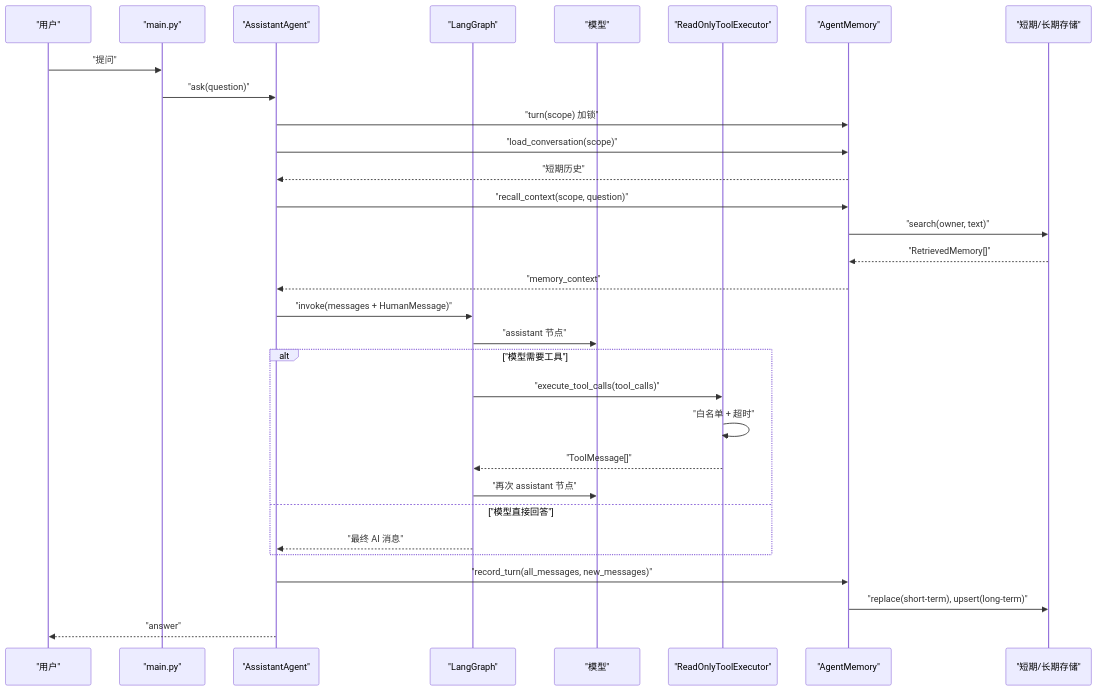
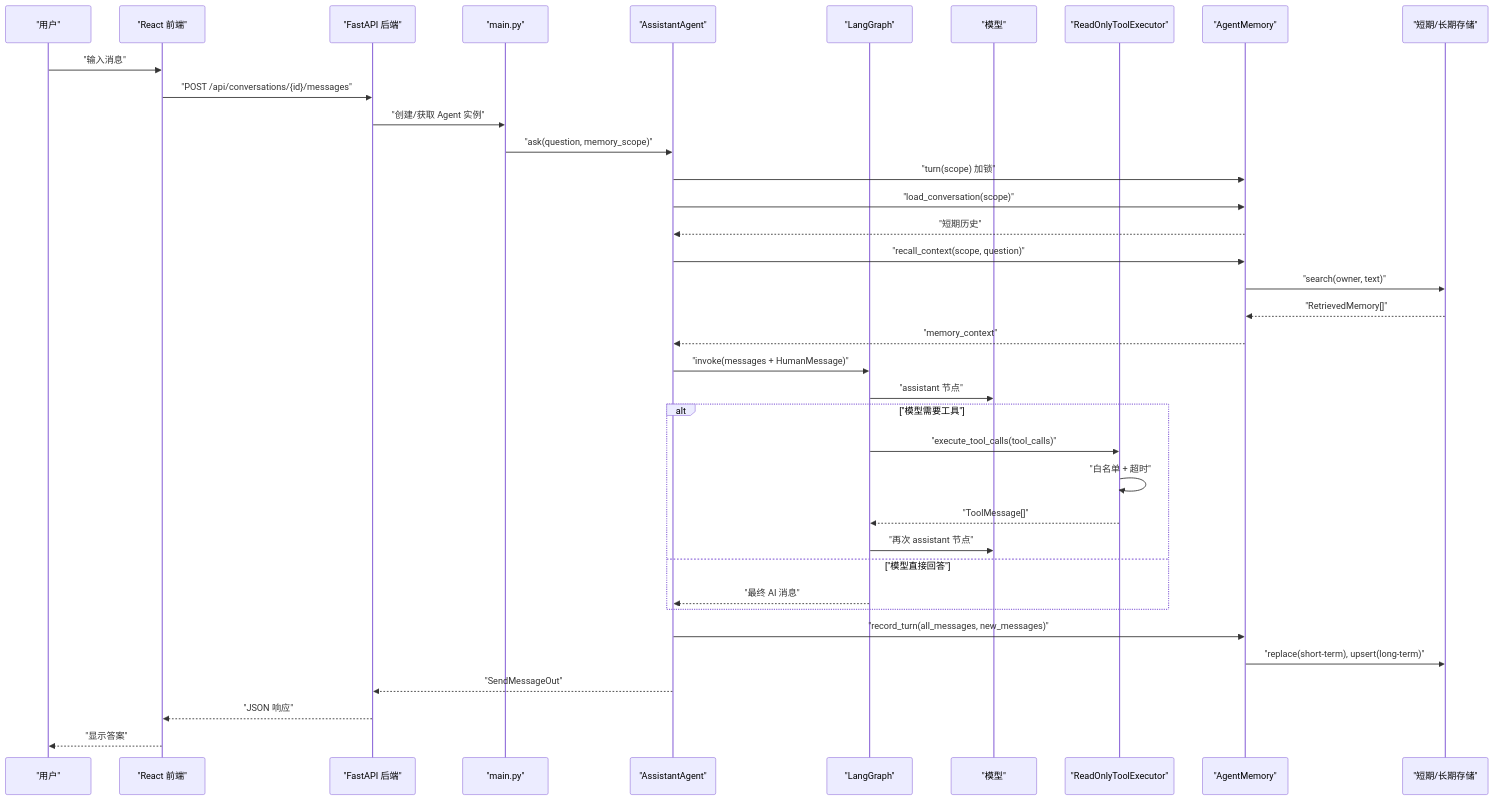
The second of 14 diagrams in .qoder/repowiki/zh/content/架构设计/架构设计.md (xyx1028/agentHelp), drawn with Mermaid before and after one commit. The commit also changed other lines of this file and 73 other files, not shown here.

````diff
--- a/.qoder/repowiki/zh/content/架构设计/架构设计.md
+++ b/.qoder/repowiki/zh/content/架构设计/架构设计.md
@@ -87,33 +108,39 @@
 ```mermaid
 sequenceDiagram
 participant User as "用户"
+participant WebUI as "React 前端"
+participant WebAPI as "FastAPI 后端"
 participant Main as "main.py"
 participant Agent as "AssistantAgent"
 participant Graph as "LangGraph"
 participant Model as "模型"
 participant Exec as "ReadOnlyToolExecutor"
 participant Mem as "AgentMemory"
 participant Store as "短期/长期存储"
-User->>Main : "提问"
-Main->>Agent : "ask(question)"
+User->>WebUI : "输入消息"
+WebUI->>WebAPI : "POST /api/conversations/{id}/messages"
+WebAPI->>Main : "创建/获取 Agent 实例"
+Main->>Agent : "ask(question, memory_scope)"
 Agent->>Mem : "turn(scope) 加锁"
 Agent->>Mem : "load_conversation(scope)"
 Mem-->>Agent : "短期历史"
 Agent->>Mem : "recall_context(scope, question)"
 Mem->>Store : "search(owner, text)"
 Store-->>Mem : "RetrievedMemory[]"
 Mem-->>Agent : "memory_context"
 Agent->>Graph : "invoke(messages + HumanMessage)"
 Graph->>Model : "assistant 节点"
 alt "模型需要工具"
 Graph->>Exec : "execute_tool_calls(tool_calls)"
 Exec->>Exec : "白名单 + 超时"
 Exec-->>Graph : "ToolMessage[]"
 Graph->>Model : "再次 assistant 节点"
 else "模型直接回答"
 Graph-->>Agent : "最终 AI 消息"
 end
 Agent->>Mem : "record_turn(all_messages, new_messages)"
 Mem->>Store : "replace(short-term), upsert(long-term)"
-Agent-->>User : "answer"
+Agent-->>WebAPI : "SendMessageOut"
+WebAPI-->>WebUI : "JSON 响应"
+WebUI-->>User : "显示答案"
 ```
````
